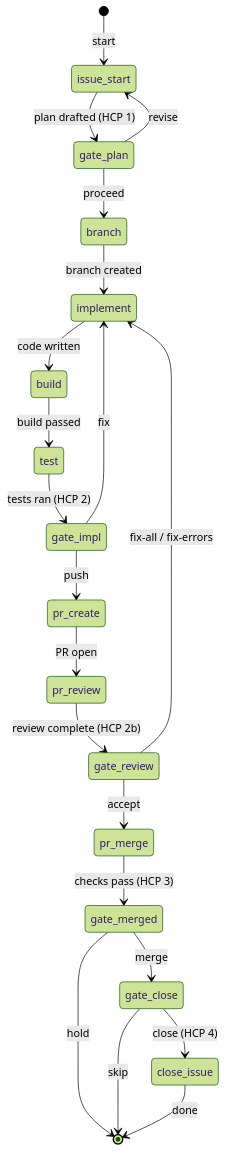
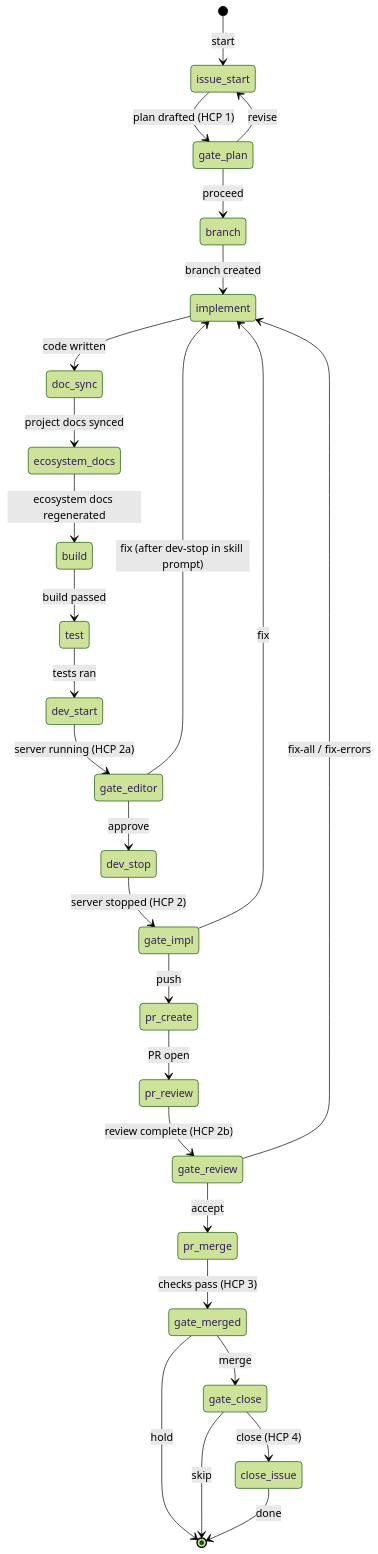
One commit to ashitaka-emishi/lob-online changed the second of 5 diagrams in docs/claude-ecosystem/orchestration.md. Above: the diagram before and after it, drawn with Mermaid (forest theme). The commit also changed other lines of this file and 8 other files, not shown here.

First line of the commit message:
feat(#61): add live editor review gate to issue-implement workflow (#65)

````diff
--- a/docs/claude-ecosystem/orchestration.md
+++ b/docs/claude-ecosystem/orchestration.md
@@ -149,28 +150,34 @@
 ```mermaid
 stateDiagram-v2
     [*] --> issue_start : start
 
     issue_start --> gate_plan : plan drafted (HCP 1)
     gate_plan --> branch : proceed
     gate_plan --> issue_start : revise
 
     branch --> implement : branch created
-    implement --> build : code written
+    implement --> doc_sync : code written
+    doc_sync --> ecosystem_docs : project docs synced
+    ecosystem_docs --> build : ecosystem docs regenerated
     build --> test : build passed
-    test --> gate_impl : tests ran (HCP 2)
+    test --> dev_start : tests ran
+    dev_start --> gate_editor : server running (HCP 2a)
+    gate_editor --> dev_stop : approve
+    gate_editor --> implement : fix (after dev-stop in skill prompt)
+    dev_stop --> gate_impl : server stopped (HCP 2)
     gate_impl --> pr_create : push
     gate_impl --> implement : fix
 
     pr_create --> pr_review : PR open
     pr_review --> gate_review : review complete (HCP 2b)
     gate_review --> pr_merge : accept
     gate_review --> implement : fix-all / fix-errors
 
     pr_merge --> gate_merged : checks pass (HCP 3)
     gate_merged --> gate_close : merge
     gate_merged --> [*] : hold
 
     gate_close --> close_issue : close (HCP 4)
     gate_close --> [*] : skip
     close_issue --> [*] : done
 ```
````
